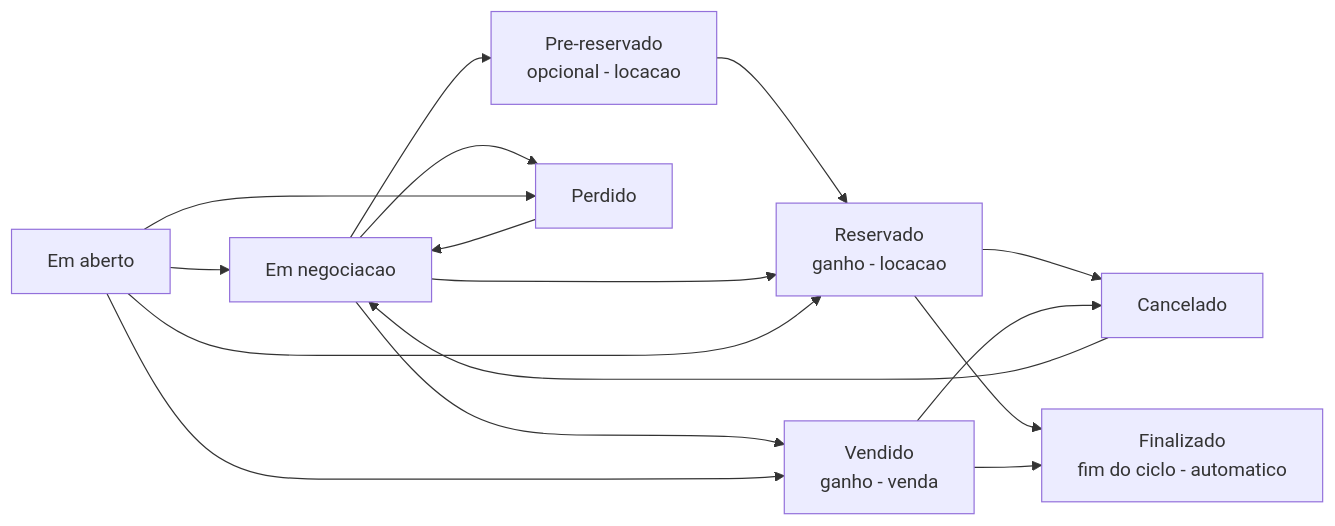
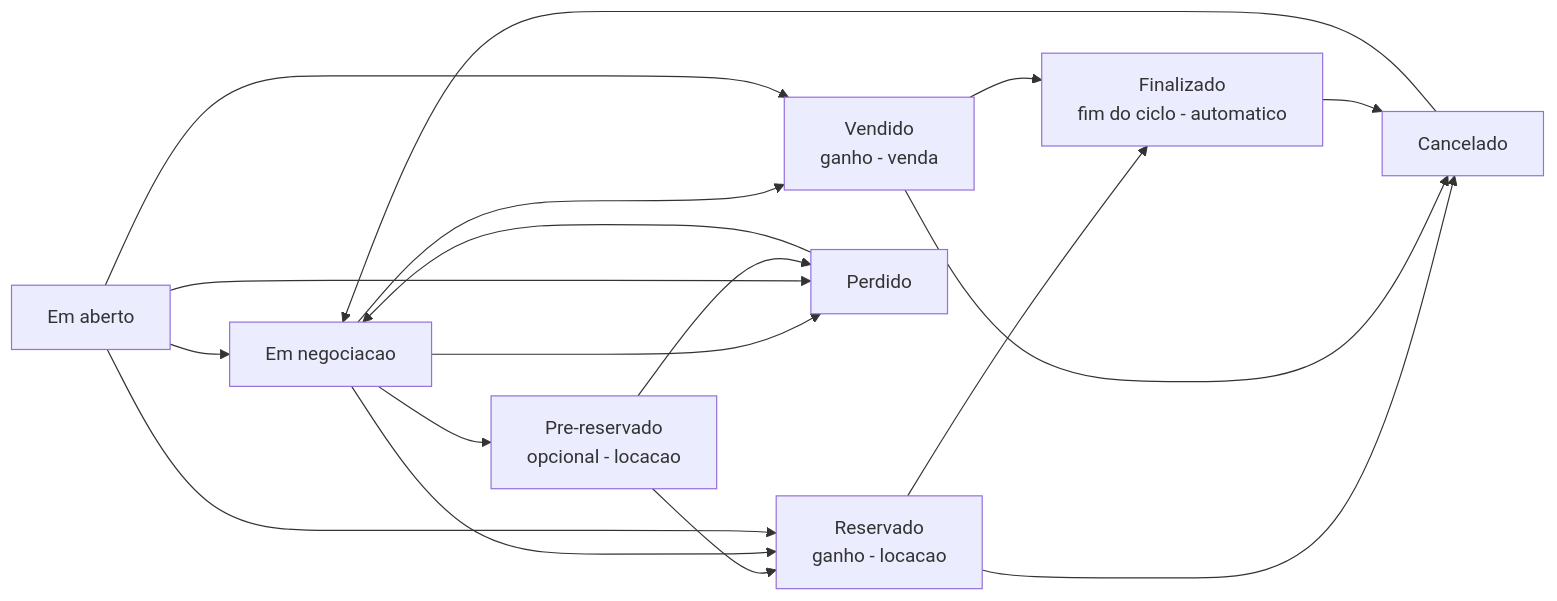
The first of 2 diagrams in orcamentos/acompanhando-e-fechando.md (LocFlowTeam/locflow-docs), drawn with Mermaid before and after one commit. The commit also changed other lines of this file and 6 other files, not shown here.

````diff
--- a/orcamentos/acompanhando-e-fechando.md
+++ b/orcamentos/acompanhando-e-fechando.md
@@ -18,18 +35,20 @@
 ```mermaid
 flowchart LR
     AB[Em aberto] --> NEG[Em negociacao]
     NEG --> PR[Pre-reservado<br/>opcional - locacao]
     PR --> RES[Reservado<br/>ganho - locacao]
     NEG --> RES
     AB --> RES
     NEG --> VEN[Vendido<br/>ganho - venda]
     AB --> VEN
     NEG --> PER[Perdido]
     AB --> PER
+    PR --> PER
     RES --> CAN[Cancelado]
     VEN --> CAN
     RES --> FIN[Finalizado<br/>fim do ciclo - automatico]
     VEN --> FIN
+    FIN --> CAN
     PER --> NEG
     CAN --> NEG
 ```
````
